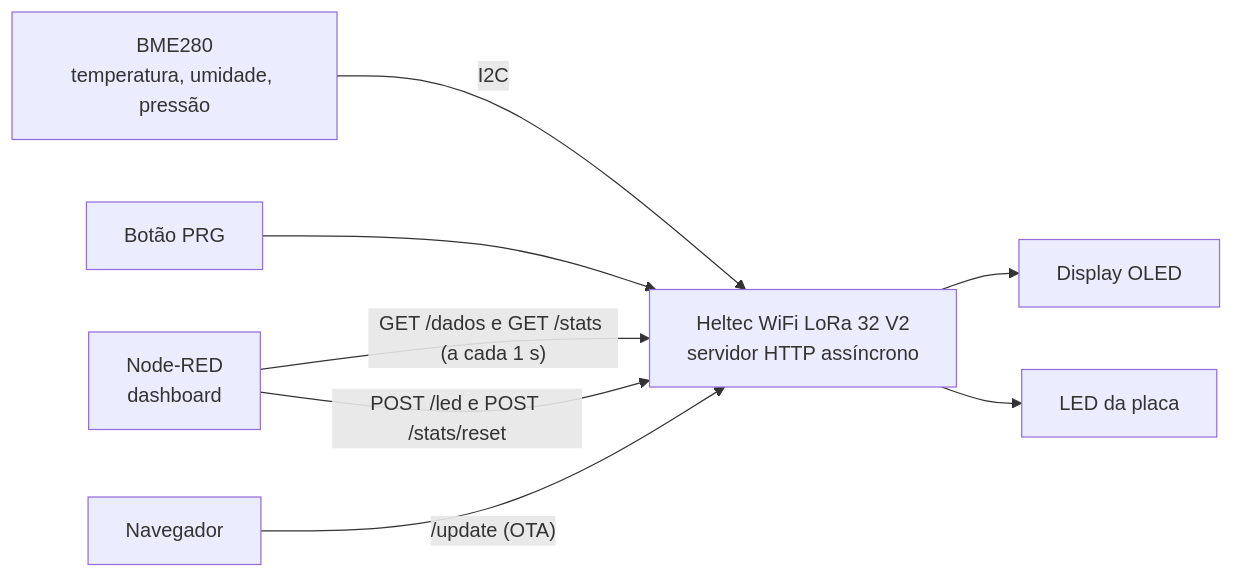
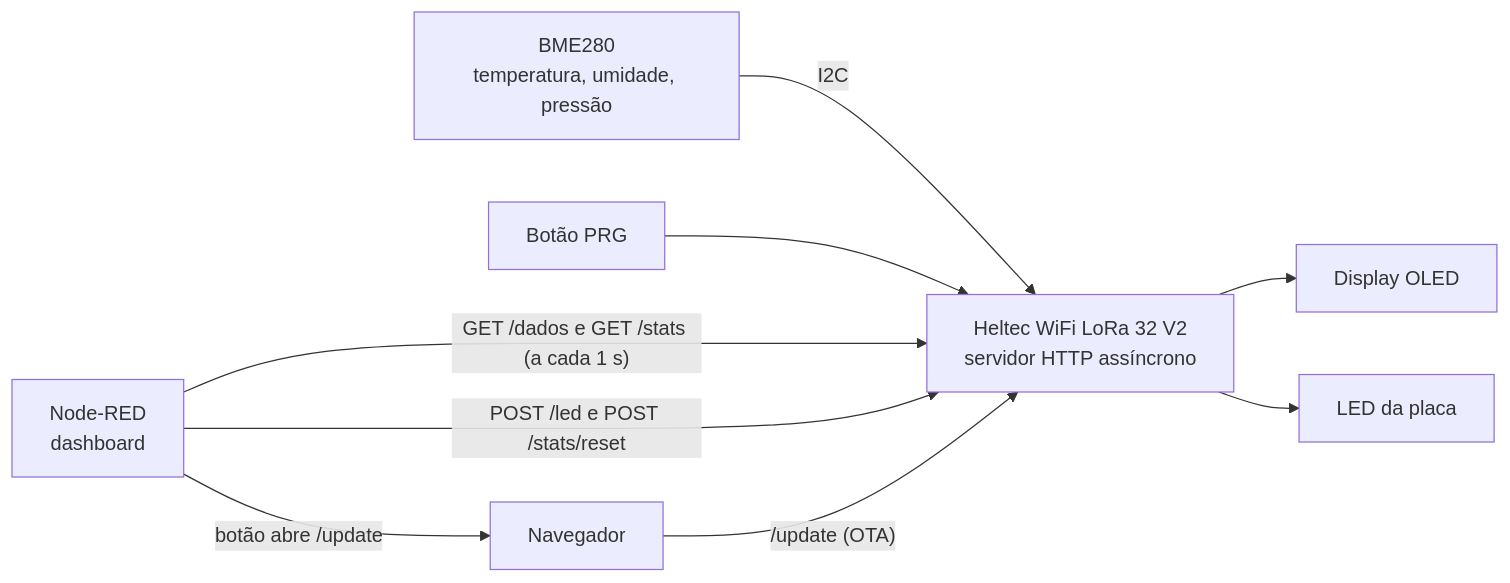
One commit to GuilhermeBertola1/T2_RIC changed the first of 2 diagrams in README.md. Above: the diagram before and after it, drawn with Mermaid. The commit also changed other lines of this file and 1 other file, not shown here.

````diff
--- a/README.md
+++ b/README.md
@@ -23,10 +23,11 @@
 ```mermaid
 flowchart LR
     BME[BME280<br/>temperatura, umidade, pressão] -- I2C --> ESP
     BTN[Botão PRG] --> ESP
     ESP[Heltec WiFi LoRa 32 V2<br/>servidor HTTP assíncrono] --> OLED[Display OLED]
     ESP --> LED[LED da placa]
     NR[Node-RED<br/>dashboard] -- "GET /dados e GET /stats (a cada 1 s)" --> ESP
     NR -- "POST /led e POST /stats/reset" --> ESP
-    PC[Navegador] -- "/update (OTA)" --> ESP
+    NR -- "botão abre /update" --> PC[Navegador]
+    PC -- "/update (OTA)" --> ESP
 ```
````
